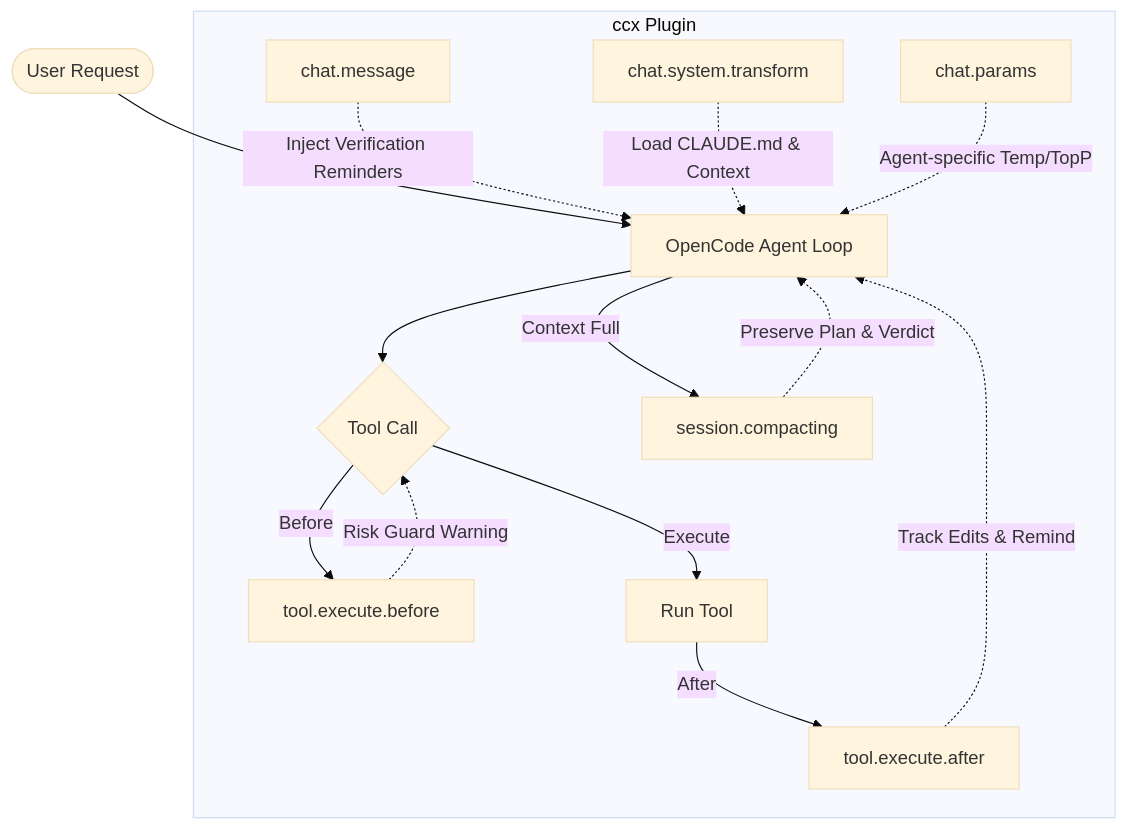
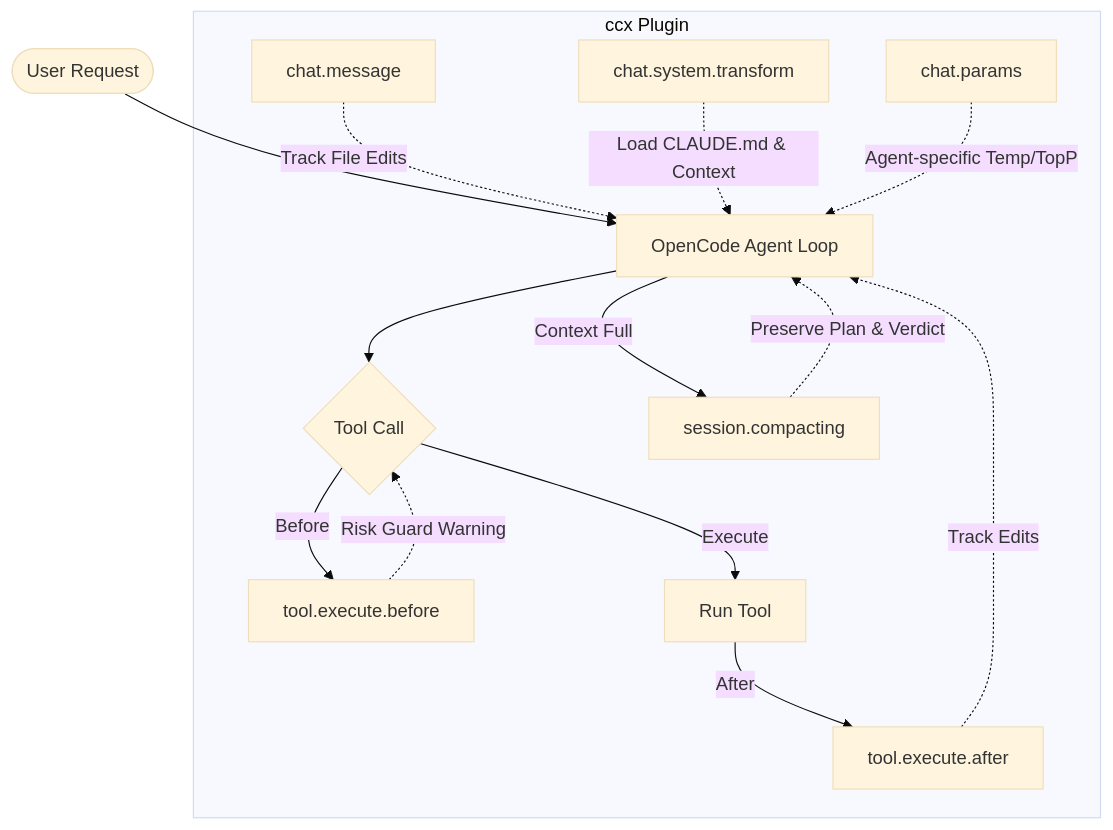
The first of 2 diagrams in README.md (Rejudge-F/ccx), drawn with Mermaid (base theme) before and after one commit. The commit also changed other lines of this file and 2 other files, not shown here.

````diff
--- a/README.md
+++ b/README.md
@@ -88,23 +88,23 @@
 ```mermaid
 graph TD
     User([User Request]) --> OP[OpenCode Agent Loop]
     
     subgraph ccx Plugin
-        H1[chat.message] -.->|Inject Verification Reminders| OP
+        H1[chat.message] -.->|Track File Edits| OP
         H2[chat.system.transform] -.->|Load CLAUDE.md & Context| OP
         H3[chat.params] -.->|Agent-specific Temp/TopP| OP
         
         OP --> ToolCall{Tool Call}
         
         ToolCall -->|Before| H4[tool.execute.before]
         H4 -.->|Risk Guard Warning| ToolCall
         
         ToolCall -->|Execute| Exec[Run Tool]
         
         Exec -->|After| H5[tool.execute.after]
-        H5 -.->|Track Edits & Remind| OP
+        H5 -.->|Track Edits| OP
         
         OP -->|Context Full| H6[session.compacting]
         H6 -.->|Preserve Plan & Verdict| OP
     end
 ```
````
